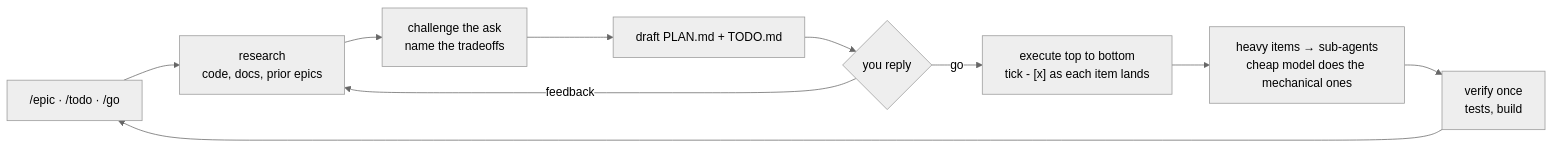
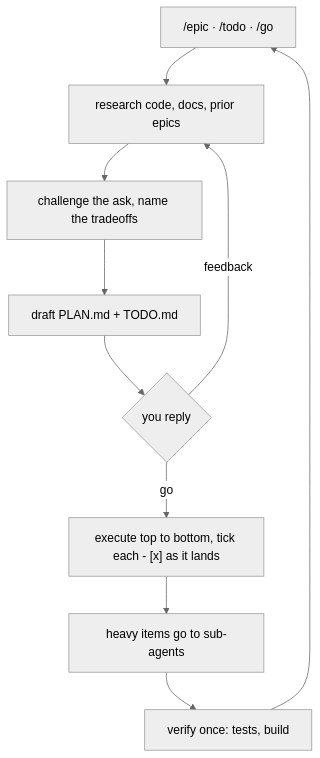
The diagram in README.md (assawalhy/awesome-agent), drawn with Mermaid (neutral theme) before and after one commit. The commit also changed other lines of this file and 8 other files, not shown here.

````diff
--- a/README.md
+++ b/README.md
@@ -68,12 +34,12 @@
 ```mermaid
-flowchart LR
-  A["/epic · /todo · /go"] --> B["research<br/>code, docs, prior epics"]
-  B --> C["challenge the ask<br/>name the tradeoffs"]
+flowchart TD
+  A["/epic · /todo · /go"] --> B["research code, docs, prior epics"]
+  B --> C["challenge the ask, name the tradeoffs"]
   C --> D["draft PLAN.md + TODO.md"]
   D --> E{"you reply"}
-  E -- go --> F["execute top to bottom<br/>tick - [x] as each item lands"]
+  E -- go --> F["execute top to bottom, tick each - [x] as it lands"]
   E -- feedback --> B
-  F --> G["heavy items → sub-agents<br/>cheap model does the mechanical ones"]
-  G --> H["verify once<br/>tests, build"]
+  F --> G["heavy items go to sub-agents"]
+  G --> H["verify once: tests, build"]
   H --> A
 ```
````
